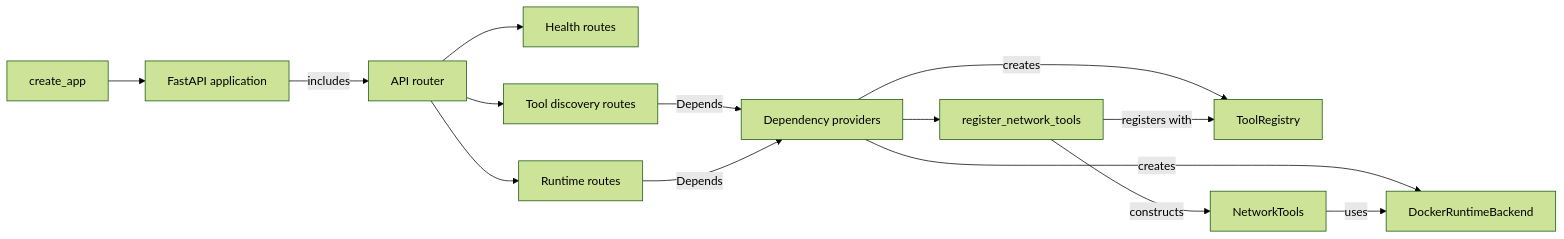
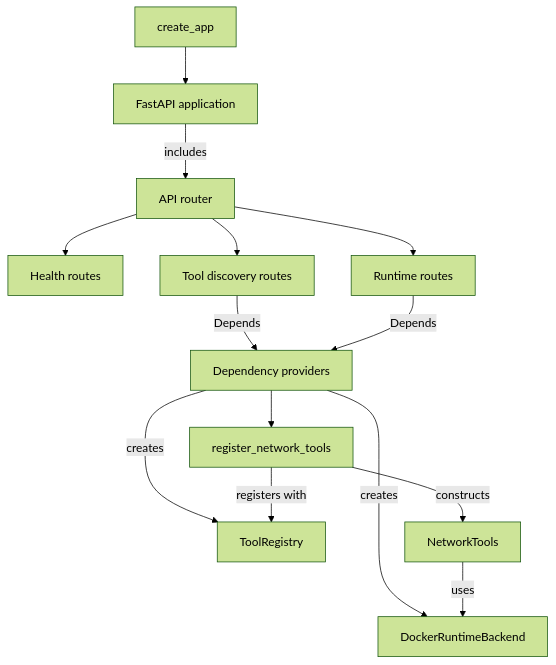
The first of 4 diagrams in docs/tool-service/class-structure.md (hhy123415/seedemu-agent-tools), drawn with Mermaid (forest theme) before and after one commit.

````diff
--- a/docs/tool-service/class-structure.md
+++ b/docs/tool-service/class-structure.md
@@ -8,28 +8,28 @@
 ```mermaid
-flowchart LR
+flowchart TB
     CreateApp[create_app]
     FastAPIApp[FastAPI application]
     APIRouter[API router]
     HealthRoutes[Health routes]
     ToolRoutes[Tool discovery routes]
     RuntimeRoutes[Runtime routes]
     Dependencies[Dependency providers]
     Registry[ToolRegistry]
     NetworkRegistration[register_network_tools]
     NetworkTools[NetworkTools]
     Backend[DockerRuntimeBackend]
 
     CreateApp --> FastAPIApp
     FastAPIApp -->|includes| APIRouter
     APIRouter --> HealthRoutes
     APIRouter --> ToolRoutes
     APIRouter --> RuntimeRoutes
     ToolRoutes -->|Depends| Dependencies
     RuntimeRoutes -->|Depends| Dependencies
     Dependencies -->|creates| Registry
     Dependencies -->|creates| Backend
     Dependencies --> NetworkRegistration
     NetworkRegistration -->|registers with| Registry
     NetworkRegistration -->|constructs| NetworkTools
     NetworkTools -->|uses| Backend
 ```
````
